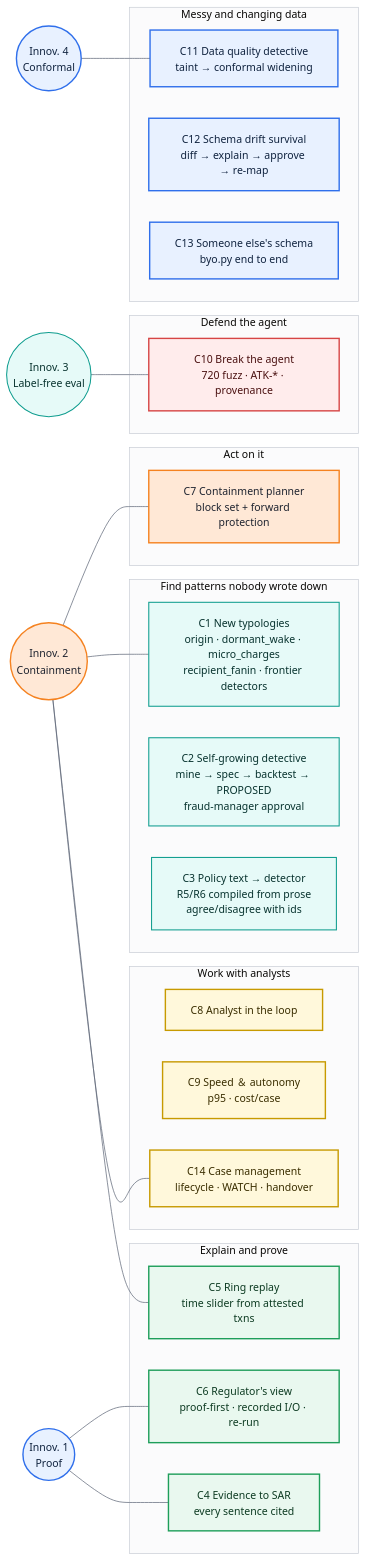
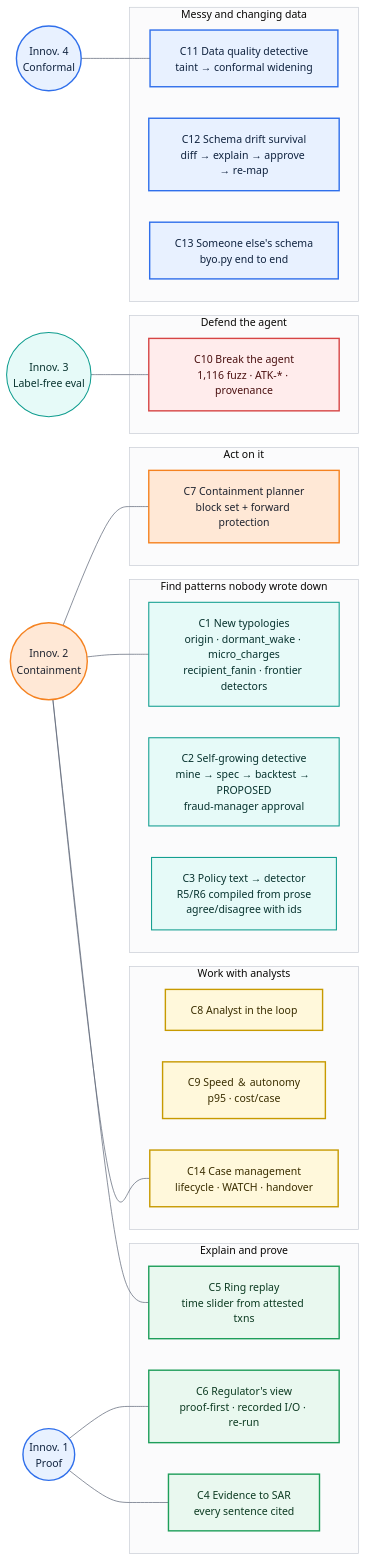
Before and after one commit to Prayant-M/HackerHouse_TigerGraph: the diagram in docs/architecture/src/14-challenges-map.mmd, drawn with Mermaid. The commit also changed 27 other files, not shown here.

```diff
--- a/docs/architecture/src/14-challenges-map.mmd
+++ b/docs/architecture/src/14-challenges-map.mmd
@@ -1,50 +1,50 @@
 %%{init: {"theme": "base", "themeVariables": {
   "fontFamily": "Arial", "fontSize": "15px",
   "primaryColor": "#FFF4EC", "primaryBorderColor": "#F58220", "primaryTextColor": "#1F2430",
   "lineColor": "#5B6475", "secondaryColor": "#EEF4FF", "tertiaryColor": "#F6F7F9",
   "clusterBkg": "#FBFBFC", "clusterBorder": "#C9CED6"},
   "flowchart": {"htmlLabels": false, "padding": 18, "nodeSpacing": 45, "rankSpacing": 55}}}%%
 flowchart LR
   subgraph G1["Find patterns nobody wrote down"]
     C1["C1 New typologies<br/>origin · dormant_wake · micro_charges<br/>recipient_fanin · frontier detectors"]:::eval
     C2["C2 Self-growing detective<br/>mine → spec → backtest → PROPOSED<br/>fraud-manager approval"]:::eval
     C3["C3 Policy text → detector<br/>R5/R6 compiled from prose<br/>agree/disagree with ids"]:::eval
   end
   subgraph G2["Explain and prove"]
     C4["C4 Evidence to SAR<br/>every sentence cited"]:::ok
     C5["C5 Ring replay<br/>time slider from attested txns"]:::ok
     C6["C6 Regulator's view<br/>proof-first · recorded I/O · re-run"]:::ok
   end
   subgraph G3["Act on it"]
     C7["C7 Containment planner<br/>block set + forward protection"]:::tg
   end
   subgraph G4["Work with analysts"]
     C8["C8 Analyst in the loop"]:::human
     C9["C9 Speed ＆ autonomy<br/>p95 · cost/case"]:::human
     C14["C14 Case management<br/>lifecycle · WATCH · handover"]:::human
   end
   subgraph G5["Defend the agent"]
-    C10["C10 Break the agent<br/>720 fuzz · ATK-* · provenance"]:::guard
+    C10["C10 Break the agent<br/>1,116 fuzz · ATK-* · provenance"]:::guard
   end
   subgraph G6["Messy and changing data"]
     C11["C11 Data quality detective<br/>taint → conformal widening"]:::core
     C12["C12 Schema drift survival<br/>diff → explain → approve → re-map"]:::core
     C13["C13 Someone else's schema<br/>byo.py end to end"]:::core
   end
   I1(("Innov. 1<br/>Proof")):::core
   I2(("Innov. 2<br/>Containment")):::tg
   I3(("Innov. 3<br/>Label-free eval")):::eval
   I4(("Innov. 4<br/>Conformal")):::core
   I1 --- C6 & C4
   I2 --- C7 & C1 & C5 & C14
   I3 --- C10
   I4 --- C11
 
 classDef tg fill:#FFE8D6,stroke:#F58220,stroke-width:2px,color:#1F2430;
 classDef core fill:#E8F1FF,stroke:#2F6FEB,stroke-width:2px,color:#10233F;
 classDef llm fill:#F3E8FF,stroke:#8B5CF6,stroke-width:1.5px,color:#2A1450,stroke-dasharray:4 3;
 classDef guard fill:#FFECEC,stroke:#D64545,stroke-width:2px,color:#4A1010;
 classDef ok fill:#E9F8EF,stroke:#1E9E5A,stroke-width:2px,color:#0D3B22;
 classDef human fill:#FFF8DB,stroke:#C79A00,stroke-width:2px,color:#3A2E00;
 classDef data fill:#F1F3F6,stroke:#7A8394,stroke-width:1.5px,color:#1F2430;
 classDef eval fill:#E6FAF8,stroke:#0F9D8F,stroke-width:1.5px,color:#08332F;
```
